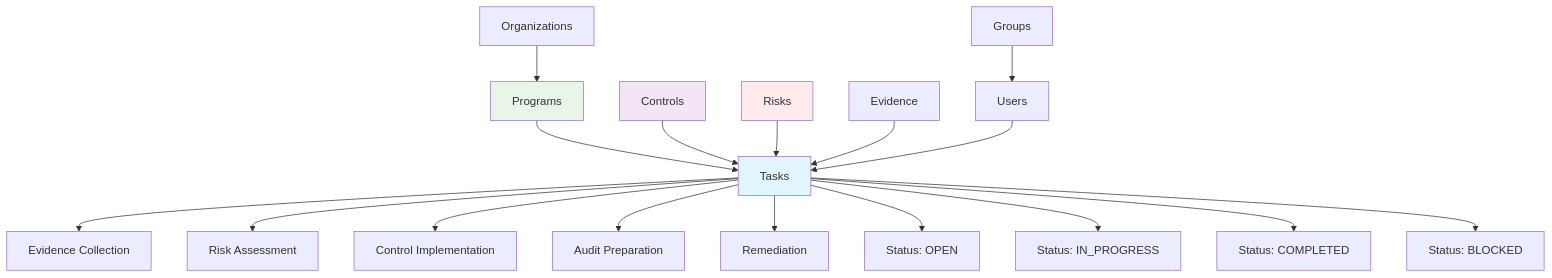
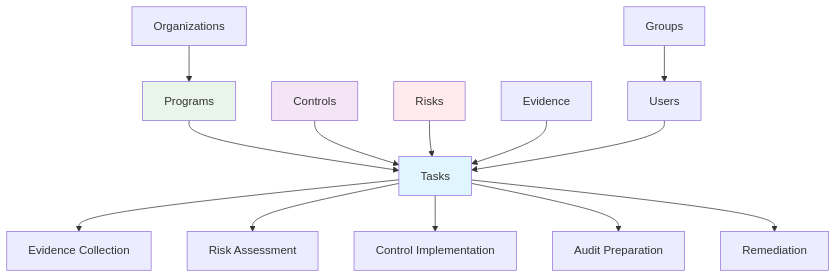
Before and after one commit to theopenlane/openlane-docs: the diagram in docs/docs/docs/platform/tasks/overview.mdx, drawn with Mermaid. The commit also changed other lines of this file and 65 other files, not shown here.

````diff
--- a/docs/docs/docs/platform/tasks/overview.mdx
+++ b/docs/docs/docs/platform/tasks/overview.mdx
@@ -13,27 +13,22 @@
 ```mermaid
 graph TD
     A[Programs] --> B[Tasks]
     C[Controls] --> B
     D[Risks] --> B
     E[Evidence] --> B
     F[Users] --> B
 
     B --> G[Evidence Collection]
     B --> H[Risk Assessment]
     B --> I[Control Implementation]
     B --> J[Audit Preparation]
     B --> K[Remediation]
 
-    B --> L[Status: OPEN]
-    B --> M[Status: IN_PROGRESS]
-    B --> N[Status: COMPLETED]
-    B --> O[Status: BLOCKED]
-
     P[Groups] --> F
     Q[Organizations] --> A
 
     style B fill:#e1f5fe
     style A fill:#e8f5e8
     style C fill:#f3e5f5
     style D fill:#ffebee
 ```
````
